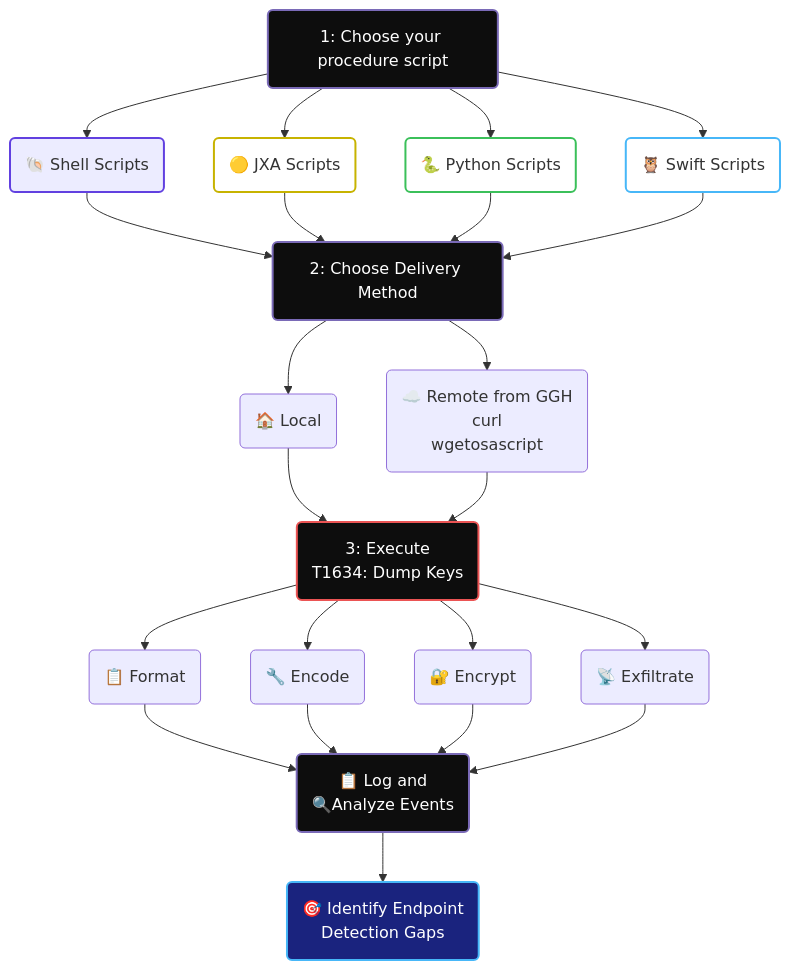
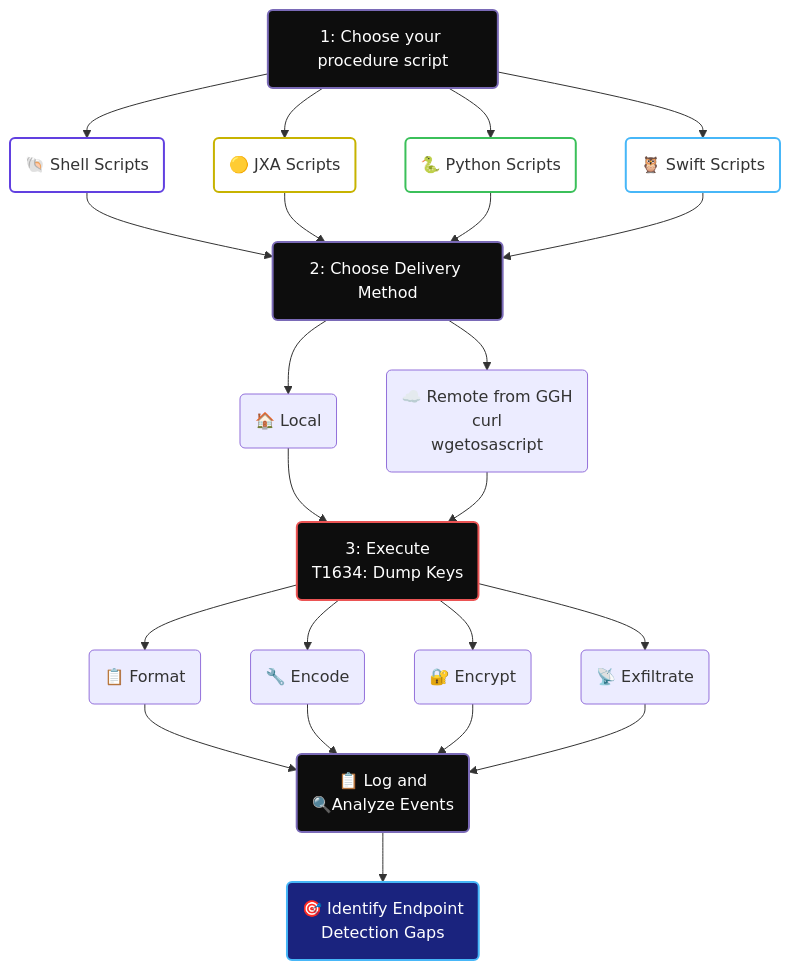
One commit to darmado/attack-macOS changed the fourth of 4 diagrams in README.md. Above: the diagram before and after it, drawn with Mermaid. The commit also changed 11 other files, not shown here.

````diff
--- a/README.md
+++ b/README.md
@@ -92,40 +92,40 @@
 ```mermaid
 flowchart TD
     A( 1: Choose your procedure script) --> A1("🐚 Shell Scripts")
     A --> A2("🟡 JXA Scripts")
     A --> A3("🐍 Python Scripts")
     A --> A4("🦉 Swift Scripts")
     
     A1 --> B( 2: Choose Delivery Method)
     A2 --> B
     A3 --> B
     A4 --> B
     
     B --> B1("🏠 Local ")
     B --> B2("☁️ Remote from GGH</br>curl</br>wget</>osascript ")
     
     B1 --> C(3: Execute</br>T1634: Dump Keys)
     B2 --> C
     
     C --> C1("📋 Format")
     C --> C2("🔧 Encode")
     C --> C3("🔐 Encrypt")
     C --> C4("📡 Exfiltrate")
     
     C1 --> D("📋 Log and<br>🔍Analyze Events")
     C2 --> D
     C3 --> D
     C4 --> D
     
     D --> D1("🎯 Identify Endpoint</br>Detection Gaps")
     
-    style A1 fill:transprent,stroke:#6140E0,stroke-width:2px
+    style A1 fill:transparent,stroke:#6140E0,stroke-width:2px
     style A2 fill:transparent,stroke:#C7B300,stroke-width:2px
     style A3 fill:transparent,stroke:#3BC05A, stroke-width:2px
     style A4 fill:transparent,stroke:#47B7F8, stroke-width:2px
     style A fill:#0D0D0D,stroke:#7A6AB7,stroke-width:2px,color:#fff
     style B fill:#0D0D0D,stroke:#7A6AB7,stroke-width:2px,color:#fff
     style C fill:#0D0D0D,stroke:#EB5454,stroke-width:2px,color:#fff
     style D fill:#0D0D0D,stroke:#7A6AB7,stroke-width:2px,color:#fff
     style D1 fill:#1a237e,stroke:#47B7F8,stroke-width:2px,color:#fff
 ```
````
